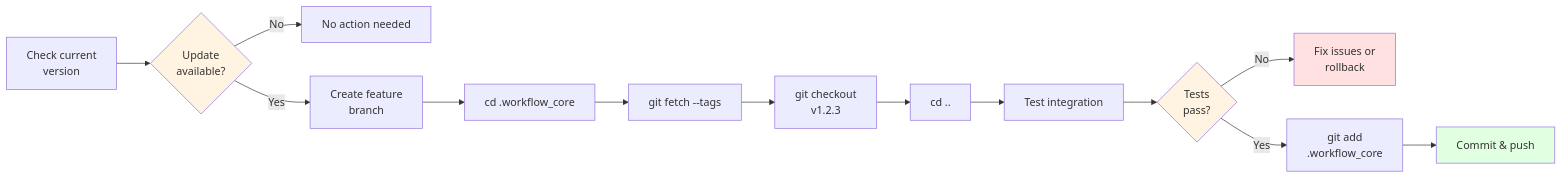
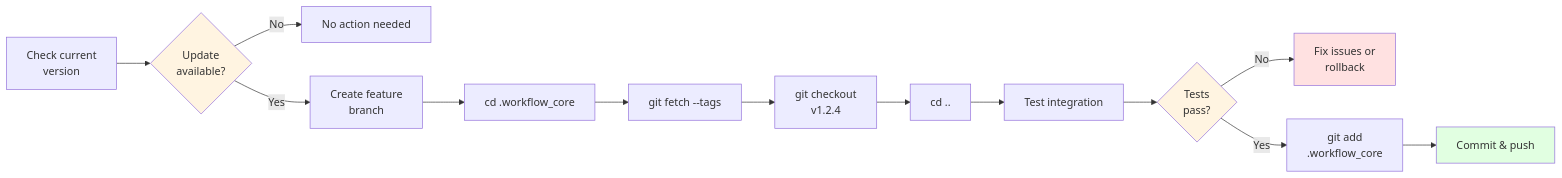
The sixth of 23 diagrams in docs/diagrams/README.md (mpbarbosa/ai_workflow_core), drawn with Mermaid before and after one commit. The commit also changed 28 other files, not shown here.

````diff
--- a/docs/diagrams/README.md
+++ b/docs/diagrams/README.md
@@ -196,20 +196,20 @@
 ```mermaid
 flowchart LR
     A[Check current<br/>version] --> B{Update<br/>available?}
     B -->|No| C[No action needed]
     B -->|Yes| D[Create feature<br/>branch]
     D --> E[cd .workflow_core]
     E --> F[git fetch --tags]
-    F --> G[git checkout<br/>v1.2.3]
+    F --> G[git checkout<br/>v1.2.4]
     G --> H[cd ..]
     H --> I[Test integration]
     I --> J{Tests<br/>pass?}
     J -->|No| K[Fix issues or<br/>rollback]
     J -->|Yes| L[git add<br/>.workflow_core]
     L --> M[Commit & push]
 
     style B fill:#fff4e1
     style J fill:#fff4e1
     style K fill:#ffe1e1
     style M fill:#e1ffe1
 ```
````
